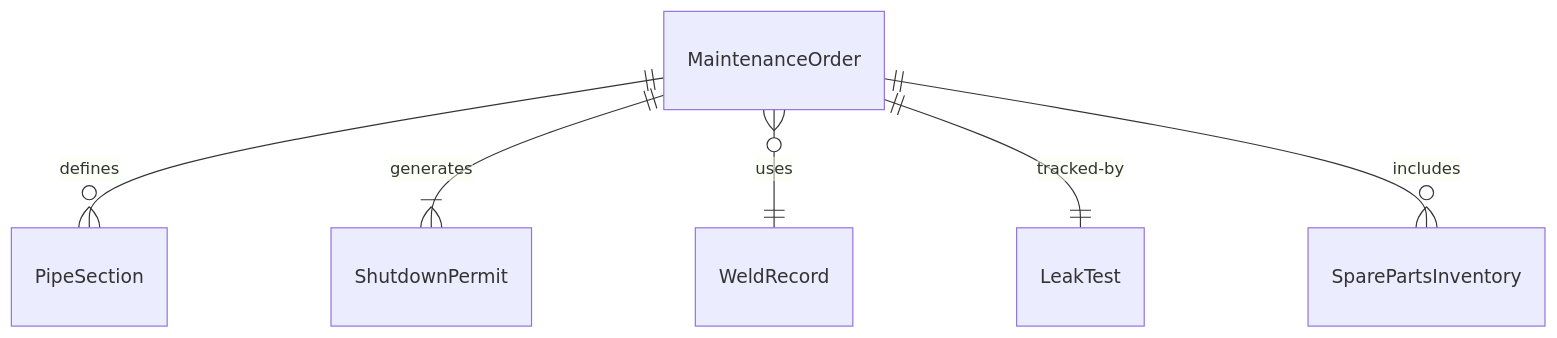
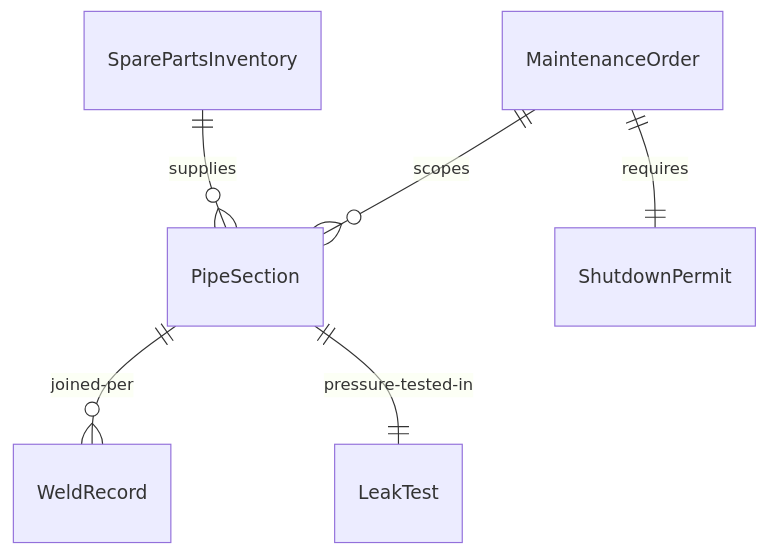
The first of 4 diagrams in HandlingAndMovingObjects/InstallPlumbingOrPipingEquipmentOrSystems/InstallPipingInstallationMaintenanceActivities.mdx (dot-org-ai/tasks.org.ai), drawn with Mermaid before and after one commit. The commit also changed other lines of this file and 515 other files, not shown here.

````diff
--- a/HandlingAndMovingObjects/InstallPlumbingOrPipingEquipmentOrSystems/InstallPipingInstallationMaintenanceActivities.mdx
+++ b/HandlingAndMovingObjects/InstallPlumbingOrPipingEquipmentOrSystems/InstallPipingInstallationMaintenanceActivities.mdx
@@ -87,8 +87,8 @@
 ```mermaid
 erDiagram
-    MaintenanceOrder ||--o{ PipeSection : "defines"
-    MaintenanceOrder ||--|{ ShutdownPermit : "generates"
-    MaintenanceOrder }o--|| WeldRecord : "uses"
-    MaintenanceOrder ||--|| LeakTest : "tracked-by"
-    MaintenanceOrder ||--o{ SparePartsInventory : "includes"
+    MaintenanceOrder ||--o{ PipeSection : "scopes"
+    MaintenanceOrder ||--|| ShutdownPermit : "requires"
+    PipeSection ||--o{ WeldRecord : "joined-per"
+    PipeSection ||--|| LeakTest : "pressure-tested-in"
+    SparePartsInventory ||--o{ PipeSection : "supplies"
 ```
````
